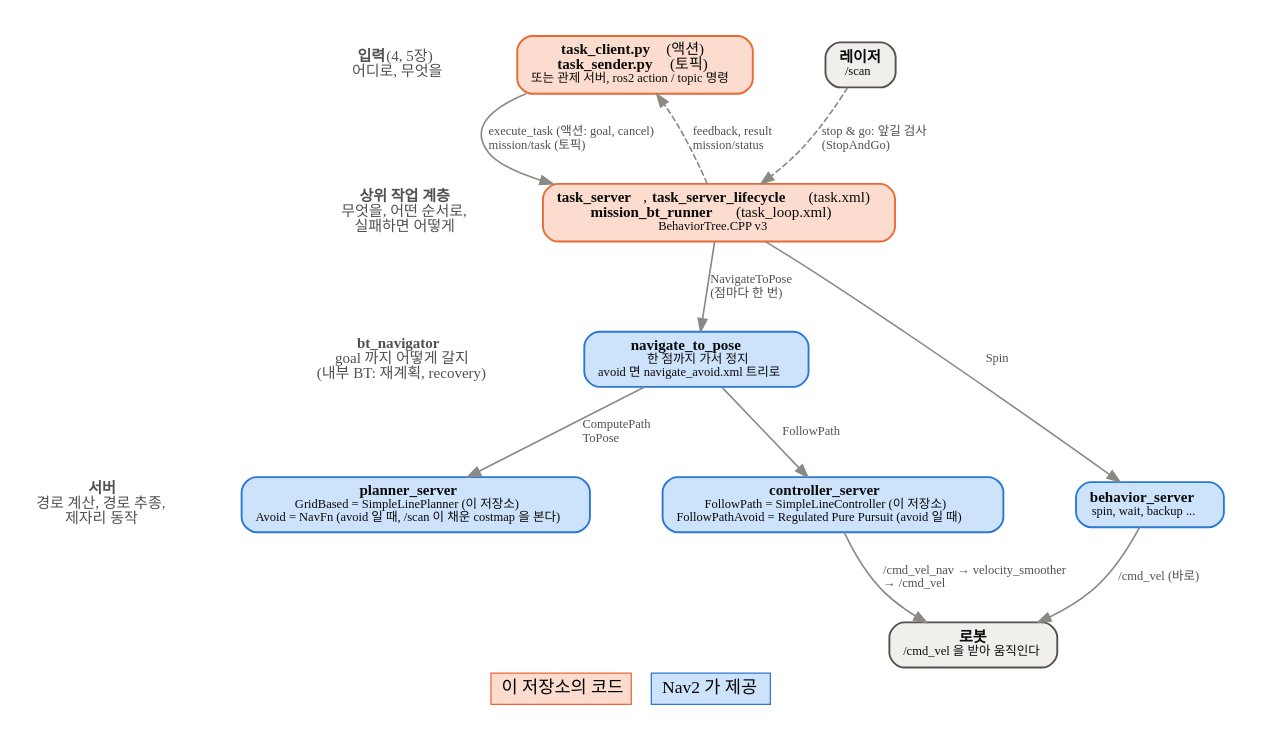
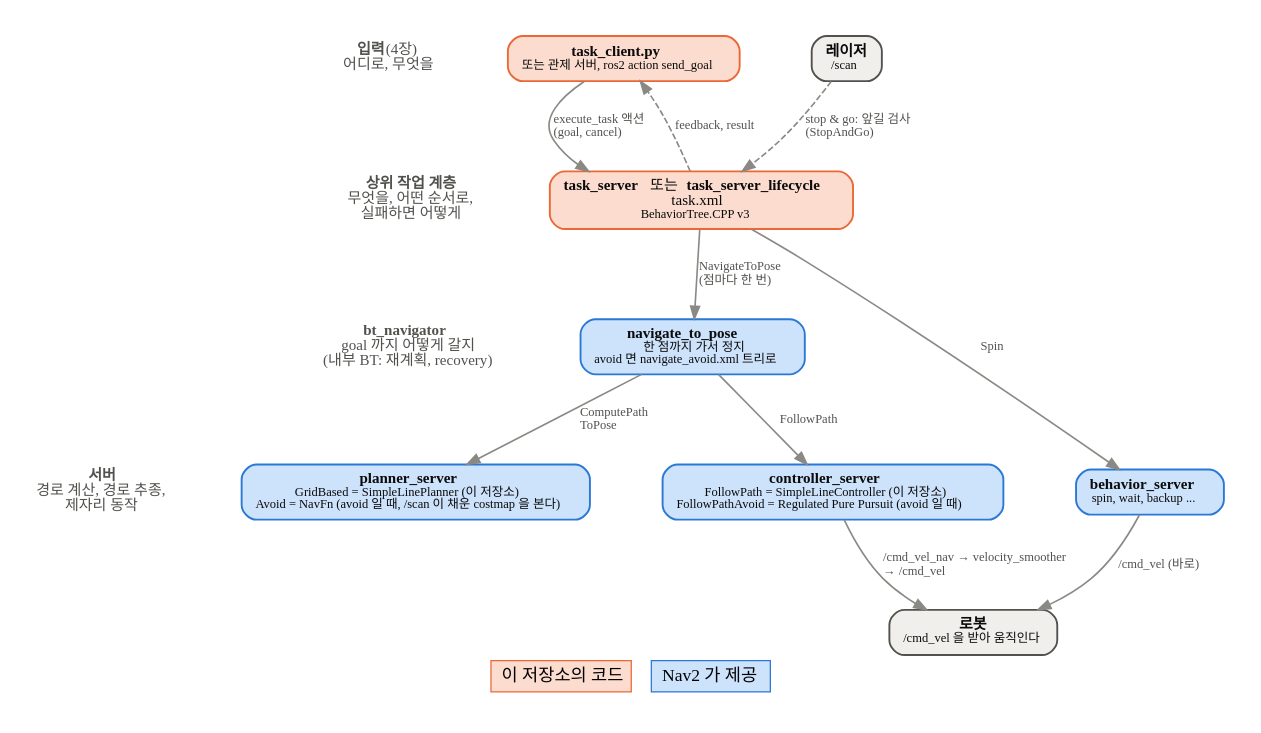
The diagram in bt_navigator/bt_mission/doc/layers.dot (1-roro/nav2_dwb), drawn with Graphviz before and after one commit. The commit also changed 29 other files, not shown here.

First line of the commit message:
Remove the topic version and the old fixed-point mission

```diff
--- a/bt_navigator/bt_mission/doc/layers.dot
+++ b/bt_navigator/bt_mission/doc/layers.dot
@@ -1,58 +1,58 @@
 // 미션 BT 가 Nav2 의 어디에 붙는지 (dot -Tpng -Gdpi=110 layers.dot -o layers.png)
 digraph layers {
   graph [rankdir=TB, fontname="NanumGothic", bgcolor="white", pad=0.3, nodesep=0.4, ranksep=0.7,
          newrank=true, labelloc=b, label=<<table border="0" cellspacing="0" cellpadding="4"><tr>
            <td bgcolor="#fbdccf" border="1" color="#eb6834">&nbsp;이 저장소의 코드&nbsp;</td><td>&nbsp;&nbsp;</td>
            <td bgcolor="#cde2fb" border="1" color="#2a78d6">&nbsp;Nav2 가 제공&nbsp;</td></tr></table>>];
   node [shape=box, style="rounded,filled", fontname="NanumGothic", fontsize=12, fontcolor="#0b0b0b",
         penwidth=1.5, margin="0.15,0.08"];
   edge [color="#8a8984", penwidth=1.3, fontname="NanumGothic", fontsize=10, fontcolor="#52514e"];
 
   // 왼쪽 열: 계층 이름
   node [shape=plaintext, style="", fontsize=12, fontcolor="#52514e", margin=0];
-  L0 [label=<<b>입력</b> (4, 5장)<br/>어디로, 무엇을>];
+  L0 [label=<<b>입력</b> (4장)<br/>어디로, 무엇을>];
   L1 [label=<<b>상위 작업 계층</b><br/>무엇을, 어떤 순서로,<br/>실패하면 어떻게>];
   L2 [label=<<b>bt_navigator</b><br/>goal 까지 어떻게 갈지<br/>(내부 BT: 재계획, recovery)>];
   L3 [label=<<b>서버</b><br/>경로 계산, 경로 추종,<br/>제자리 동작>];
   L4 [label=""];
   L0 -> L1 -> L2 -> L3 -> L4 [style=invis];
 
   node [shape=box, style="rounded,filled", fontsize=12, fontcolor="#0b0b0b", margin="0.15,0.08"];
-  ts [label=<<b>task_client.py</b> (액션)<br/><b>task_sender.py</b> (토픽)<br/><font point-size="10">또는 관제 서버, ros2 action / topic 명령</font>>,
+  ts [label=<<b>task_client.py</b><br/><font point-size="10">또는 관제 서버, ros2 action send_goal</font>>,
       fillcolor="#fbdccf", color="#eb6834"];
-  bt [label=<<b>task_server</b>, <b>task_server_lifecycle</b>  (task.xml)<br/><b>mission_bt_runner</b>  (task_loop.xml)<br/><font point-size="10">BehaviorTree.CPP v3</font>>,
+  bt [label=<<b>task_server</b> 또는 <b>task_server_lifecycle</b><br/>task.xml<br/><font point-size="10">BehaviorTree.CPP v3</font>>,
       fillcolor="#fbdccf", color="#eb6834"];
   nt [label=<<b>navigate_to_pose</b><br/><font point-size="10">한 점까지 가서 정지<br/>avoid 면 navigate_avoid.xml 트리로</font>>,
       fillcolor="#cde2fb", color="#2a78d6"];
   planner [label=<<b>planner_server</b><br/><font point-size="10">GridBased = SimpleLinePlanner (이 저장소)<br/>Avoid = NavFn (avoid 일 때, /scan 이 채운 costmap 을 본다)</font>>,
            fillcolor="#cde2fb", color="#2a78d6"];
   controller [label=<<b>controller_server</b><br/><font point-size="10">FollowPath = SimpleLineController (이 저장소)<br/>FollowPathAvoid = Regulated Pure Pursuit (avoid 일 때)</font>>,
               fillcolor="#cde2fb", color="#2a78d6"];
   behavior [label=<<b>behavior_server</b><br/><font point-size="10">spin, wait, backup ...</font>>,
             fillcolor="#cde2fb", color="#2a78d6"];
   robot [label=<<b>로봇</b><br/><font point-size="10">/cmd_vel 을 받아 움직인다</font>>,
          fillcolor="#f0efec", color="#52514e"];
   laser [label=<<b>레이저</b><br/><font point-size="10">/scan</font>>,
          fillcolor="#f0efec", color="#52514e"];
 
   {rank=same; L0; ts; laser}
   {rank=same; L1; bt}
   {rank=same; L2; nt}
   {rank=same; L3; planner; controller; behavior}
   {rank=same; L4; robot}
   L0 -> ts [style=invis];
   L1 -> bt [style=invis];
   L2 -> nt [style=invis];
   L3 -> planner -> controller -> behavior [style=invis];
   ts -> laser [style=invis];
 
-  ts -> bt [label=" execute_task (액션: goal, cancel)\l mission/task (토픽)\l"];
-  bt -> ts [style=dashed, label=" feedback, result\l mission/status\l"];
+  ts -> bt [label=" execute_task 액션\l (goal, cancel)\l"];
+  bt -> ts [style=dashed, label=" feedback, result\l"];
   bt -> nt [label=" NavigateToPose\l (점마다 한 번)\l"];
   bt -> behavior [label=" Spin"];
   nt -> planner [label=" ComputePath\l ToPose\l"];
   nt -> controller [label=" FollowPath"];
   controller -> robot [label=" /cmd_vel_nav → velocity_smoother\l → /cmd_vel\l"];
   behavior -> robot [label=" /cmd_vel (바로)"];
   laser -> bt [style=dashed, label=" stop & go: 앞길 검사\l (StopAndGo)\l"];
 }
```
